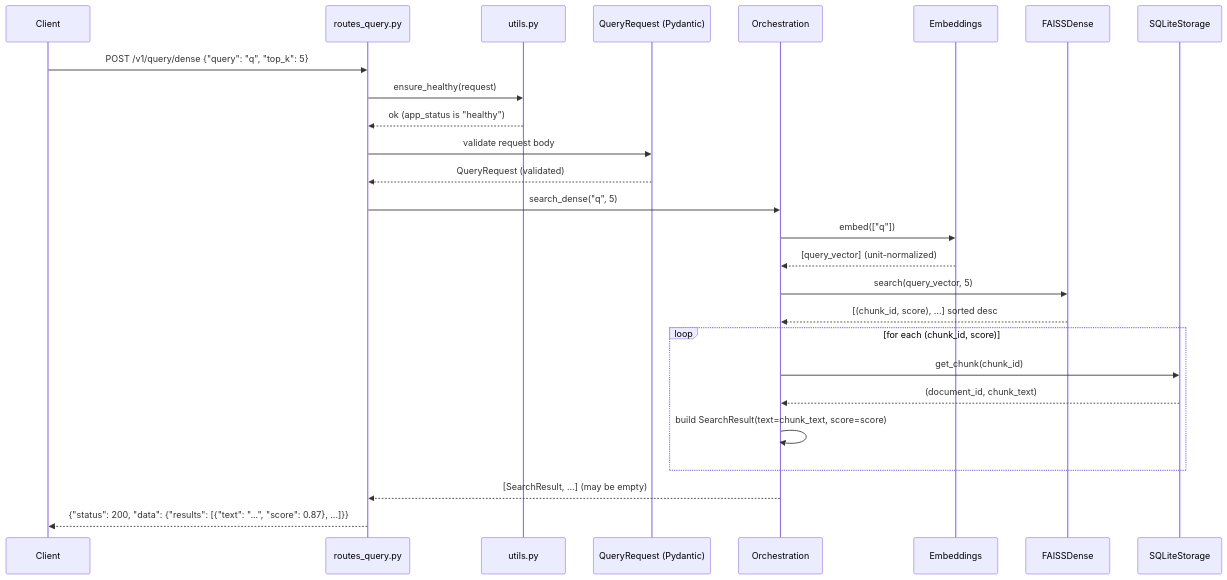
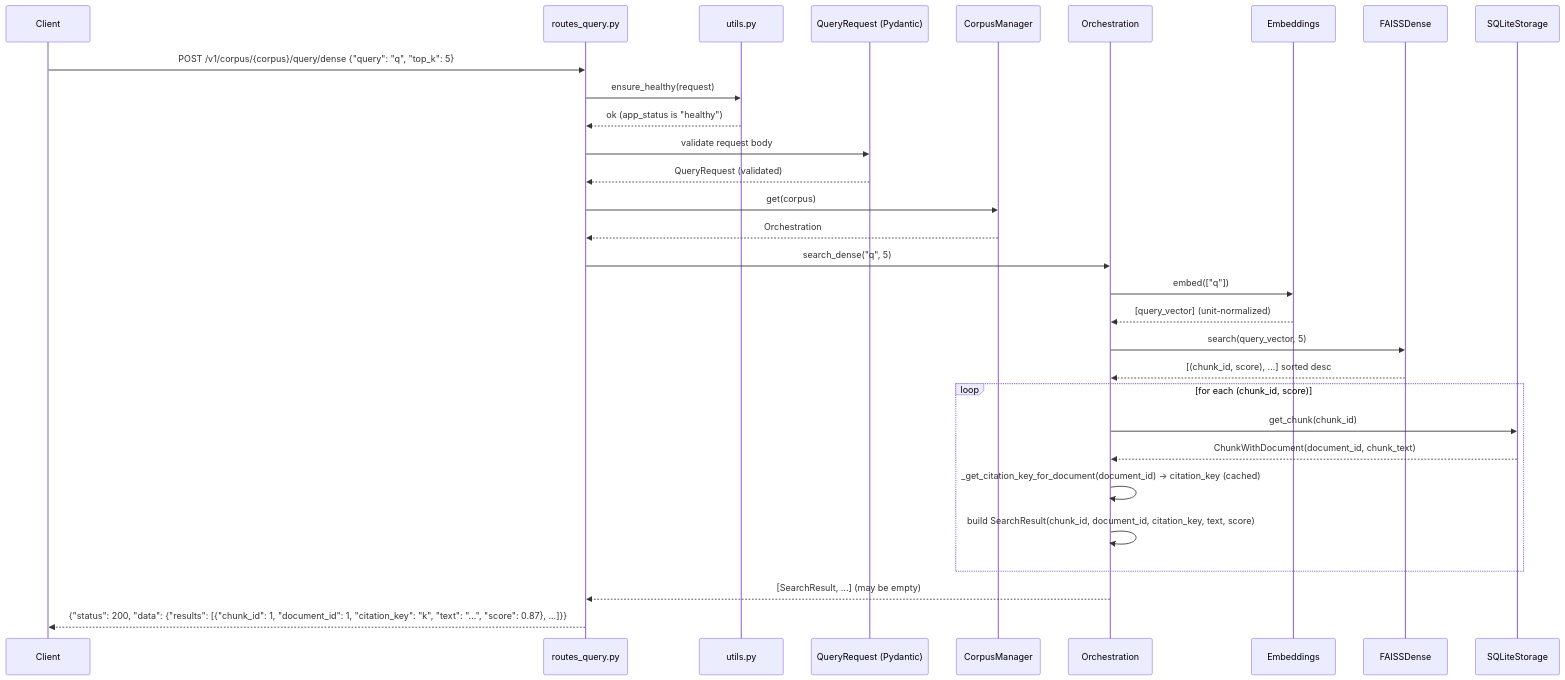
Before and after one commit to florianbuetow/mini-rag: the fifth of 10 diagrams in docs/SPECIFICATION-DATA-FLOW.md, drawn with Mermaid. The commit also changed other lines of this file and 2 other files, not shown here.

First line of the commit message:
Update specification docs for citations, reranking, and multi-corpus

````diff
--- a/docs/SPECIFICATION-DATA-FLOW.md
+++ b/docs/SPECIFICATION-DATA-FLOW.md
@@ -424,29 +525,33 @@
 ```mermaid
 sequenceDiagram
     participant C as Client
     participant R as routes_query.py
     participant U as utils.py
     participant PM as QueryRequest (Pydantic)
+    participant CM as CorpusManager
     participant O as Orchestration
     participant E as Embeddings
     participant D as FAISSDense
     participant ST as SQLiteStorage
 
-    C->>R: POST /v1/query/dense {"query": "q", "top_k": 5}
+    C->>R: POST /v1/corpus/{corpus}/query/dense {"query": "q", "top_k": 5}
     R->>U: ensure_healthy(request)
     U-->>R: ok (app_status is "healthy")
     R->>PM: validate request body
     PM-->>R: QueryRequest (validated)
+    R->>CM: get(corpus)
+    CM-->>R: Orchestration
     R->>O: search_dense("q", 5)
     O->>E: embed(["q"])
     E-->>O: [query_vector] (unit-normalized)
     O->>D: search(query_vector, 5)
     D-->>O: [(chunk_id, score), ...] sorted desc
     loop for each (chunk_id, score)
         O->>ST: get_chunk(chunk_id)
-        ST-->>O: (document_id, chunk_text)
-        O->>O: build SearchResult(text=chunk_text, score=score)
+        ST-->>O: ChunkWithDocument(document_id, chunk_text)
+        O->>O: _get_citation_key_for_document(document_id) → citation_key (cached)
+        O->>O: build SearchResult(chunk_id, document_id, citation_key, text, score)
     end
     O-->>R: [SearchResult, ...] (may be empty)
-    R-->>C: {"status": 200, "data": {"results": [{"text": "...", "score": 0.87}, ...]}}
+    R-->>C: {"status": 200, "data": {"results": [{"chunk_id": 1, "document_id": 1, "citation_key": "k", "text": "...", "score": 0.87}, ...]}}
 ```
````
